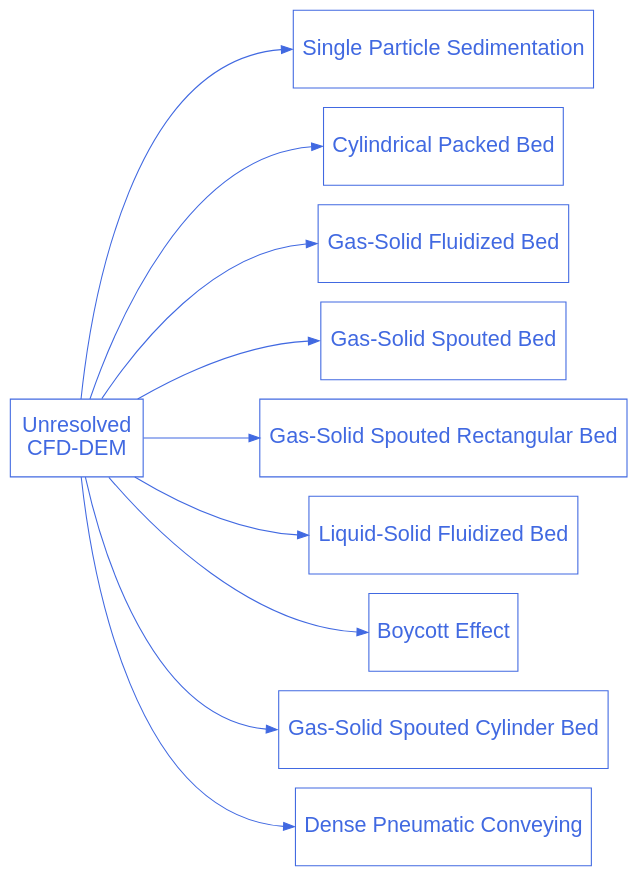
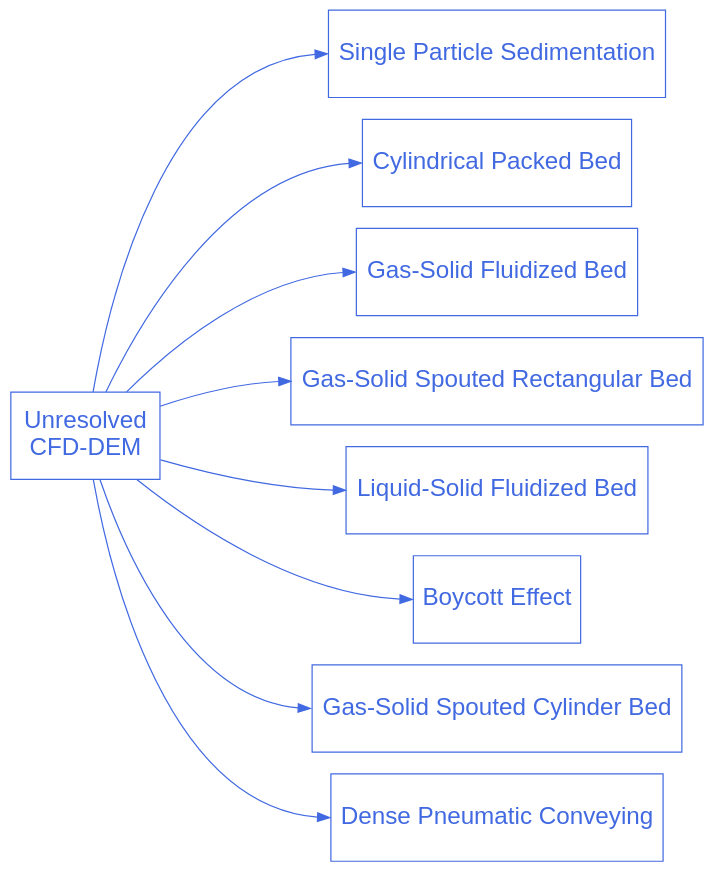
One commit to chaos-polymtl/lethe changed the diagram in doc/source/examples/unresolved-cfd-dem/unresolved-cfd-dem.rst. Above: the diagram before and after it, drawn with Graphviz. The commit also changed other lines of this file and 7 other files, not shown here.

Commit message:
Deprecate gas-solid-spouted-bed example

```diff
--- a/doc/source/examples/unresolved-cfd-dem/unresolved-cfd-dem.rst
+++ b/doc/source/examples/unresolved-cfd-dem/unresolved-cfd-dem.rst
@@ -22,39 +21,36 @@
 .. graphviz:: 
 
     digraph unresolved_cfd_dem_diagram {
       graph [bgcolor="transparent", align=true, ranksep=1.5];
       node [fontname=Arial, fontsize=20, shape=box, fontcolor=royalblue, color=royalblue, height=1];
       edge [color=royalblue];
       rankdir="LR";
       size = "9,9";
 
       unresolved_cfd_dem [label="Unresolved \nCFD-DEM", href="https://chaos-polymtl.github.io/lethe/documentation/examples/unresolved-cfd-dem/unresolved-cfd-dem.html"];
 
       cfd_dem_1 [label="Single Particle Sedimentation", href="https://chaos-polymtl.github.io/lethe/documentation/examples/unresolved-cfd-dem/single-particle-sedimentation/single-particle-sedimentation.html"];
 
       cfd_dem_2 [label="Cylindrical Packed Bed", href="https://chaos-polymtl.github.io/lethe/documentation/examples/unresolved-cfd-dem/cylindrical-packed-bed/cylindrical-packed-bed.html"];
 
       cfd_dem_3 [label="Gas-Solid Fluidized Bed", href="https://chaos-polymtl.github.io/lethe/documentation/examples/unresolved-cfd-dem/gas-solid-fluidized-bed/gas-solid-fluidized-bed.html"];
 
-      cfd_dem_4 [label="Gas-Solid Spouted Bed", href="https://chaos-polymtl.github.io/lethe/documentation/examples/unresolved-cfd-dem/gas-solid-spouted-bed/gas-solid-spouted-bed.html"];
+      cfd_dem_4 [label="Gas-Solid Spouted Rectangular Bed", href="https://chaos-polymtl.github.io/lethe/documentation/examples/unresolved-cfd-dem/gas-solid-spouted-rectangular-bed/gas-solid-spouted-rectangular-bed.html"];
 
-      cfd_dem_5 [label="Gas-Solid Spouted Rectangular Bed", href="https://chaos-polymtl.github.io/lethe/documentation/examples/unresolved-cfd-dem/gas-solid-spouted-rectangular-bed/gas-solid-spouted-rectangular-bed.html"];
+      cfd_dem_5 [label="Liquid-Solid Fluidized Bed", href="https://chaos-polymtl.github.io/lethe/documentation/examples/unresolved-cfd-dem/liquid-solid-fluidized-bed/liquid-solid-fluidized-bed.html"];
 
-      cfd_dem_6 [label="Liquid-Solid Fluidized Bed", href="https://chaos-polymtl.github.io/lethe/documentation/examples/unresolved-cfd-dem/liquid-solid-fluidized-bed/liquid-solid-fluidized-bed.html"];
+      cfd_dem_6 [label="Boycott Effect", href="https://chaos-polymtl.github.io/lethe/documentation/examples/unresolved-cfd-dem/boycott-effect/boycott-effect.html"];
 
-      cfd_dem_7 [label="Boycott Effect", href="https://chaos-polymtl.github.io/lethe/documentation/examples/unresolved-cfd-dem/boycott-effect/boycott-effect.html"];
+      cfd_dem_7 [label="Gas-Solid Spouted Cylinder Bed", href="https://chaos-polymtl.github.io/lethe/documentation/examples/unresolved-cfd-dem/gas-solid-spouted-cylinder-bed/gas-solid-spouted-cylinder-bed.html"];
 
-      cfd_dem_8 [label="Gas-Solid Spouted Cylinder Bed", href="https://chaos-polymtl.github.io/lethe/documentation/examples/unresolved-cfd-dem/gas-solid-spouted-cylinder-bed/gas-solid-spouted-cylinder-bed.html"];
-
-      cfd_dem_9 [label="Dense Pneumatic Conveying", href="https://chaos-polymtl.github.io/lethe/documentation/examples/unresolved-cfd-dem/dense-pneumatic-conveying/dense-pneumatic-conveying.html"];
+      cfd_dem_8 [label="Dense Pneumatic Conveying", href="https://chaos-polymtl.github.io/lethe/documentation/examples/unresolved-cfd-dem/dense-pneumatic-conveying/dense-pneumatic-conveying.html"];
 
       unresolved_cfd_dem -> cfd_dem_1:w;
       unresolved_cfd_dem -> cfd_dem_2:w;
       unresolved_cfd_dem -> cfd_dem_3:w;
       unresolved_cfd_dem -> cfd_dem_4:w;
       unresolved_cfd_dem -> cfd_dem_5:w;
       unresolved_cfd_dem -> cfd_dem_6:w;
       unresolved_cfd_dem -> cfd_dem_7:w;
       unresolved_cfd_dem -> cfd_dem_8:w;
-      unresolved_cfd_dem -> cfd_dem_9:w;
     }
```
